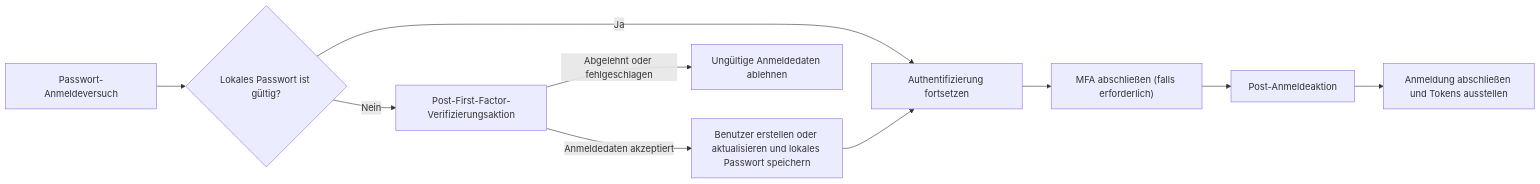
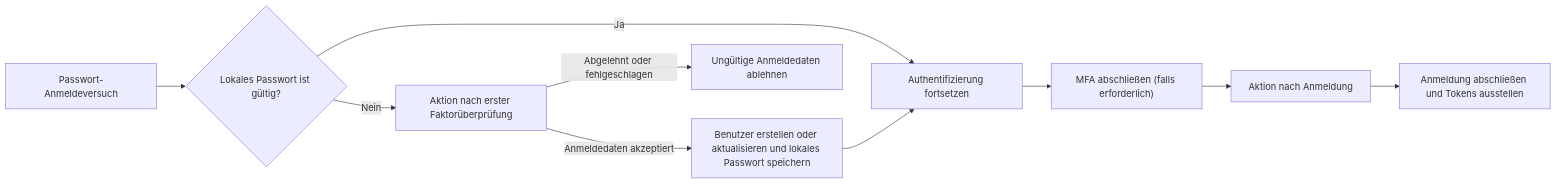
One commit to logto-io/docs changed the diagram in i18n/de/docusaurus-plugin-content-docs/current/developers/actions/README.mdx. Above: the diagram before and after it, drawn with Mermaid. The commit also changed other lines of this file and 17 other files, not shown here.

````diff
--- a/i18n/de/docusaurus-plugin-content-docs/current/developers/actions/README.mdx
+++ b/i18n/de/docusaurus-plugin-content-docs/current/developers/actions/README.mdx
@@ -29,12 +29,12 @@
 ```mermaid
 flowchart LR
   A["Passwort-Anmeldeversuch"] --> B{"Lokales Passwort ist gültig?"}
   B -->|"Ja"| E["Authentifizierung fortsetzen"]
-  B -->|"Nein"| C["Post-First-Factor-Verifizierungsaktion"]
+  B -->|"Nein"| C["Aktion nach erster Faktorüberprüfung"]
   C -->|"Anmeldedaten akzeptiert"| D["Benutzer erstellen oder aktualisieren und lokales Passwort speichern"]
   C -->|"Abgelehnt oder fehlgeschlagen"| X["Ungültige Anmeldedaten ablehnen"]
   D --> E
   E --> F["MFA abschließen (falls erforderlich)"]
-  F --> G["Post-Anmeldeaktion"]
+  F --> G["Aktion nach Anmeldung"]
   G --> H["Anmeldung abschließen und Tokens ausstellen"]
 ```
````
